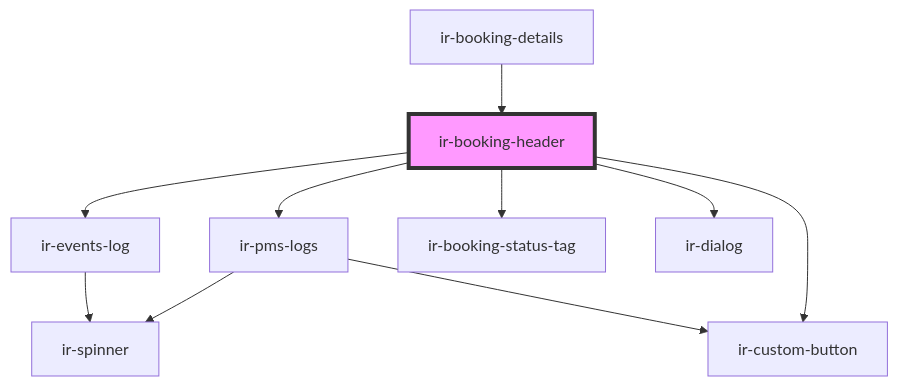
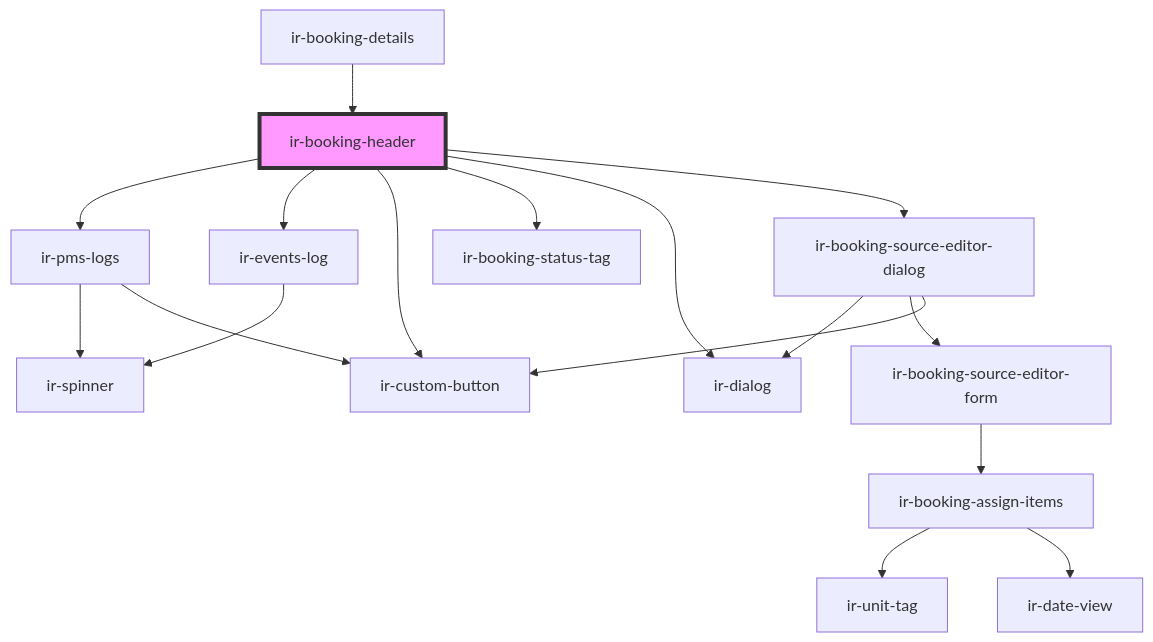
Before and after one commit to RonyRizk/ir-webcmp: the diagram in src/components/ir-booking-details/ir-booking-header/readme.md, drawn with Mermaid. The commit also changed other lines of this file and 586 other files, not shown here.

````diff
--- a/src/components/ir-booking-details/ir-booking-header/readme.md
+++ b/src/components/ir-booking-details/ir-booking-header/readme.md
@@ -46,13 +49,20 @@
 ```mermaid
 graph TD;
   ir-booking-header --> ir-pms-logs
   ir-booking-header --> ir-events-log
   ir-booking-header --> ir-custom-button
   ir-booking-header --> ir-booking-status-tag
   ir-booking-header --> ir-dialog
+  ir-booking-header --> ir-booking-source-editor-dialog
   ir-pms-logs --> ir-spinner
   ir-pms-logs --> ir-custom-button
   ir-events-log --> ir-spinner
+  ir-booking-source-editor-dialog --> ir-dialog
+  ir-booking-source-editor-dialog --> ir-booking-source-editor-form
+  ir-booking-source-editor-dialog --> ir-custom-button
+  ir-booking-source-editor-form --> ir-booking-assign-items
+  ir-booking-assign-items --> ir-unit-tag
+  ir-booking-assign-items --> ir-date-view
   ir-booking-details --> ir-booking-header
   style ir-booking-header fill:#f9f,stroke:#333,stroke-width:4px
 ```
````
